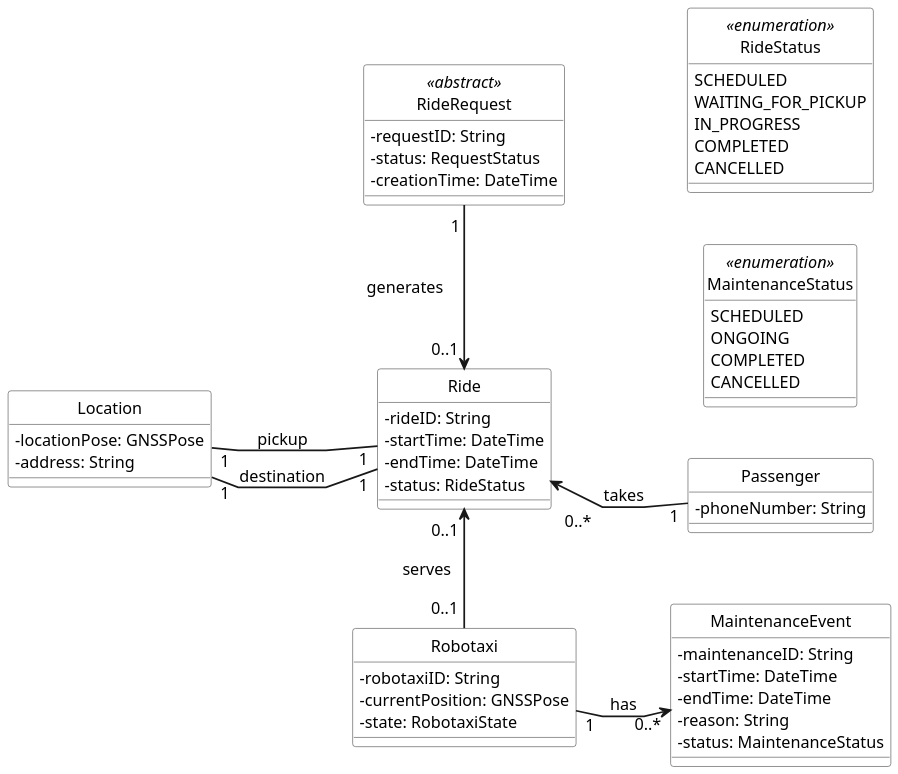
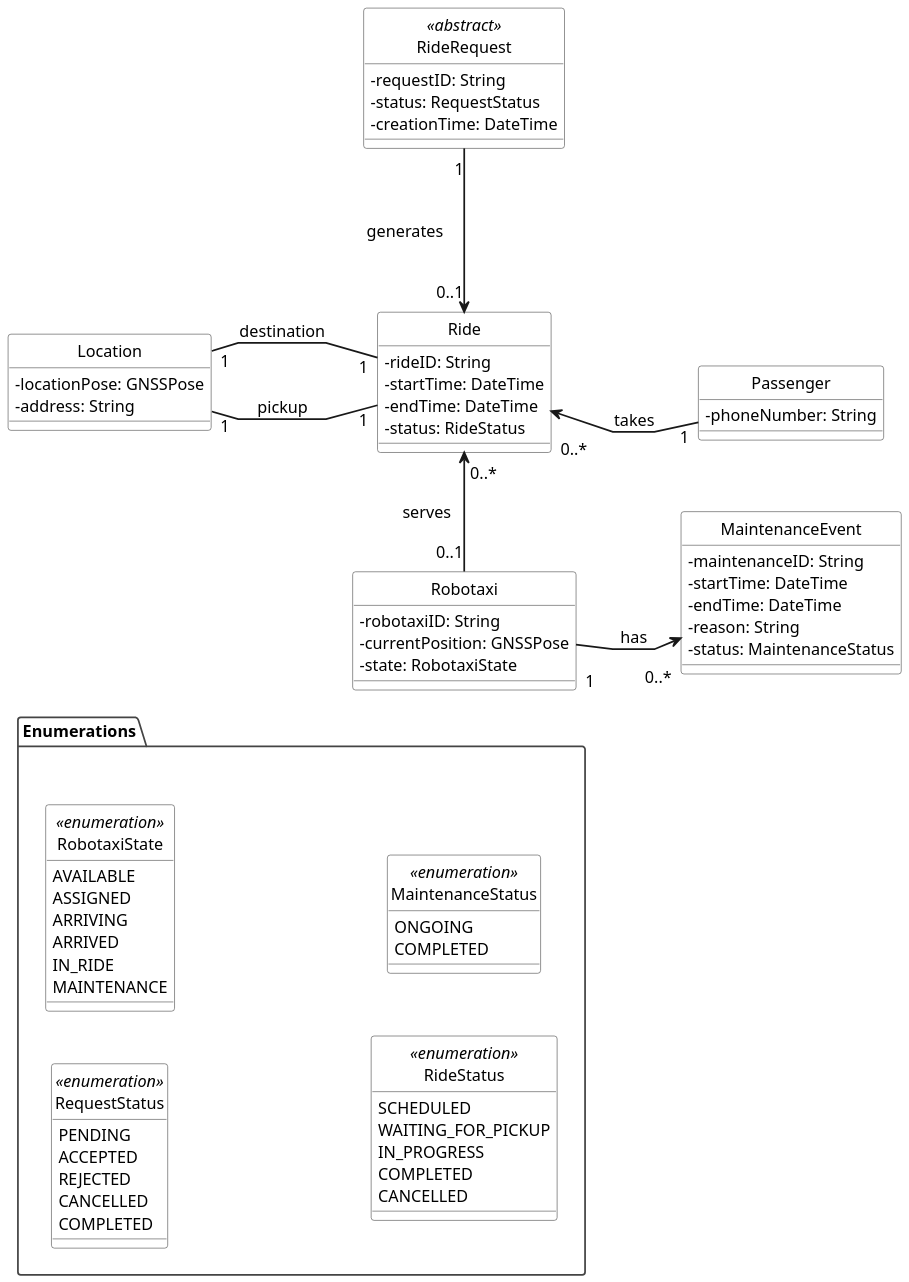
Before and after one commit to meggie-0/SE4A_ROAd_MargheritaBertipaglia_DavidCazzaniga_PasqualeIgnarra_Project: the diagram in RASD/diagrams/class_diagrams/ride_lifecycle.puml, drawn with PlantUML. The commit also changed 5 other files, not shown here.

Commit message:
Updated Rasd class diagrams

```diff
--- a/RASD/diagrams/class_diagrams/ride_lifecycle.puml
+++ b/RASD/diagrams/class_diagrams/ride_lifecycle.puml
@@ -1,105 +1,142 @@
 @startuml
 
 skinparam backgroundColor white
 skinparam shadowing false
 skinparam defaultFontName Arial
 skinparam defaultFontSize 14
 skinparam dpi 150
 skinparam maxMessageSize 90
 skinparam pageMargin 20
 skinparam classAttributeIconSize 0
 skinparam linetype polyline
 skinparam nodesep 45
 skinparam ranksep 45
 skinparam ArrowThickness 1.5
+skinparam packageStyle folder
 
 skinparam class {
     BackgroundColor white
     BorderColor #444444
     FontColor black
     HeaderBackgroundColor white
 }
 
 skinparam enum {
     BackgroundColor white
     BorderColor #444444
     FontColor black
     HeaderBackgroundColor white
 }
 
+skinparam package {
+    BackgroundColor white
+    BorderColor #444444
+    FontColor black
+}
+
 hide circle
 left to right direction
 
 class RideRequest <<abstract>> {
     - requestID: String
     - status: RequestStatus
     - creationTime: DateTime
 }
 
 class Ride {
     - rideID: String
-    - startTime: DateTime
-    - endTime: DateTime
+    - startTime: DateTime 
+    - endTime: DateTime 
     - status: RideStatus
 }
 
 class Location {
     - locationPose: GNSSPose
-    - address: String
+    - address: String 
 }
 
 class Passenger {
-    - phoneNumber: String
+    - phoneNumber: String 
 }
 
 class Robotaxi {
     - robotaxiID: String
     - currentPosition: GNSSPose
     - state: RobotaxiState
 }
 
 class MaintenanceEvent {
     - maintenanceID: String
     - startTime: DateTime
-    - endTime: DateTime
+    - endTime: DateTime 
     - reason: String
     - status: MaintenanceStatus
 }
 
-enum RideStatus <<enumeration>> {
-    SCHEDULED
-    WAITING_FOR_PICKUP
-    IN_PROGRESS
-    COMPLETED
-    CANCELLED
+package "Enumerations" as EN {
+    enum RequestStatus <<enumeration>> {
+        PENDING
+        ACCEPTED
+        REJECTED
+        CANCELLED
+        COMPLETED
+    }
+
+    enum RobotaxiState <<enumeration>> {
+        AVAILABLE
+        ASSIGNED
+        ARRIVING
+        ARRIVED
+        IN_RIDE
+        MAINTENANCE
+    }
+
+    enum RideStatus <<enumeration>> {
+        SCHEDULED
+        WAITING_FOR_PICKUP
+        IN_PROGRESS
+        COMPLETED
+        CANCELLED
+    }
+
+    enum MaintenanceStatus <<enumeration>> {
+        ONGOING
+        COMPLETED
+    }
+
+    ' Internal package layout
+    RequestStatus -[hidden]right- RobotaxiState
+    RequestStatus -[hidden]down- RideStatus
+    RobotaxiState -[hidden]down- MaintenanceStatus
+    RideStatus -[hidden]right- MaintenanceStatus
 }
 
-enum MaintenanceStatus <<enumeration>> {
-    SCHEDULED
-    ONGOING
-    COMPLETED
-    CANCELLED
-}
+' =========================
+' Class layout
+' =========================
 
-' Layout constraints
 RideRequest -[hidden]right- Ride
 Ride -[hidden]right- Robotaxi
 Location -[hidden]down- Ride
 Ride -[hidden]down- Passenger
 Robotaxi -[hidden]down- MaintenanceEvent
-RideRequest -[hidden]down- RideStatus
-RideStatus -[hidden]right- MaintenanceStatus
 
+' Enumerations above the domain classes
+EN -[hidden]down- RideRequest
+
+' =========================
 ' Visible relations
-RideRequest "1 " --> "0..1 " Ride : \n\ngenerates\n\n
+' =========================
 
-Passenger "1" --> " \n 0..*" Ride : takes
+RideRequest "1" --> "0..1" Ride : \n\ngenerates\n\n
 
-Robotaxi "0..1 " --> "0..1 " Ride : \nserves\n
+Passenger "1" --> "\n0..*" Ride : takes
 
-Robotaxi "1" --> "0..*" MaintenanceEvent : has
+Robotaxi "0..1" --> " 0..*\n" Ride : \nserves\n
+
+Robotaxi "\n1" --> "\n0..*" MaintenanceEvent : has
 
 Ride "1" -up- "1" Location : pickup
 Ride "1" -up- "1" Location : destination
 
 @enduml
```
